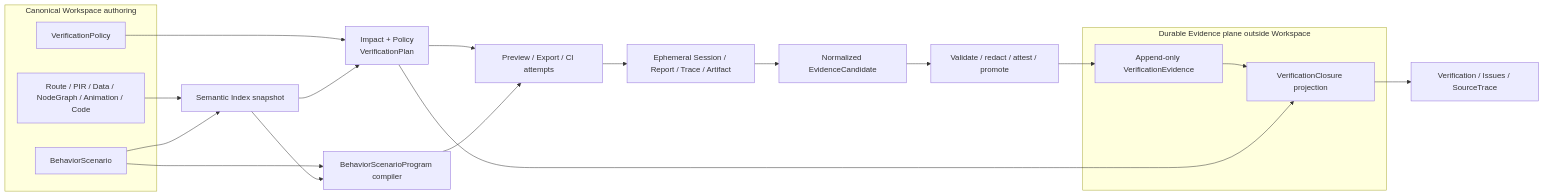
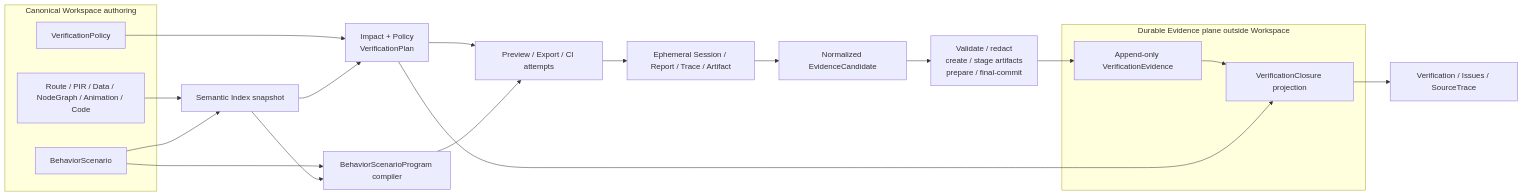
One commit to prodivix/prodivix changed the third of 4 diagrams in docs/architecture/overview.md. Above: the diagram before and after it, drawn with Mermaid. The commit also changed 743 other files, not shown here.

````diff
--- a/docs/architecture/overview.md
+++ b/docs/architecture/overview.md
@@ -197,30 +197,30 @@
 ```mermaid
 flowchart LR
     subgraph Authoring ["Canonical Workspace authoring"]
         Scenario["BehaviorScenario"]
         Policy["VerificationPolicy"]
         DomainDocs["Route / PIR / Data / NodeGraph / Animation / Code"]
     end
 
     DomainDocs --> Semantic["Semantic Index snapshot"]
     Scenario --> Semantic
     Policy --> Planner["Impact + Policy<br/>VerificationPlan"]
     Semantic --> Planner
     Scenario --> Compiler["BehaviorScenarioProgram compiler"]
     Semantic --> Compiler
     Planner --> Run["Preview / Export / CI attempts"]
     Compiler --> Run
     Run --> Runtime["Ephemeral Session / Report / Trace / Artifact"]
     Runtime --> Candidate["Normalized EvidenceCandidate"]
-    Candidate --> Promotion["Validate / redact / attest / promote"]
+    Candidate --> Promotion["Validate / redact<br/>create / stage artifacts<br/>prepare / final-commit"]
 
     subgraph EvidencePlane ["Durable Evidence plane outside Workspace"]
         Evidence["Append-only VerificationEvidence"]
         Closure["VerificationClosure projection"]
     end
 
     Promotion --> Evidence
     Evidence --> Closure
     Planner --> Closure
     Closure --> Surface["Verification / Issues / SourceTrace"]
 ```
````
